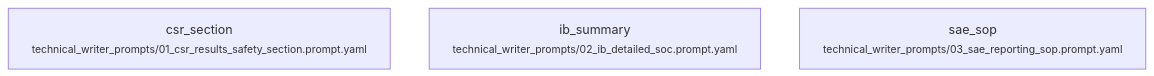
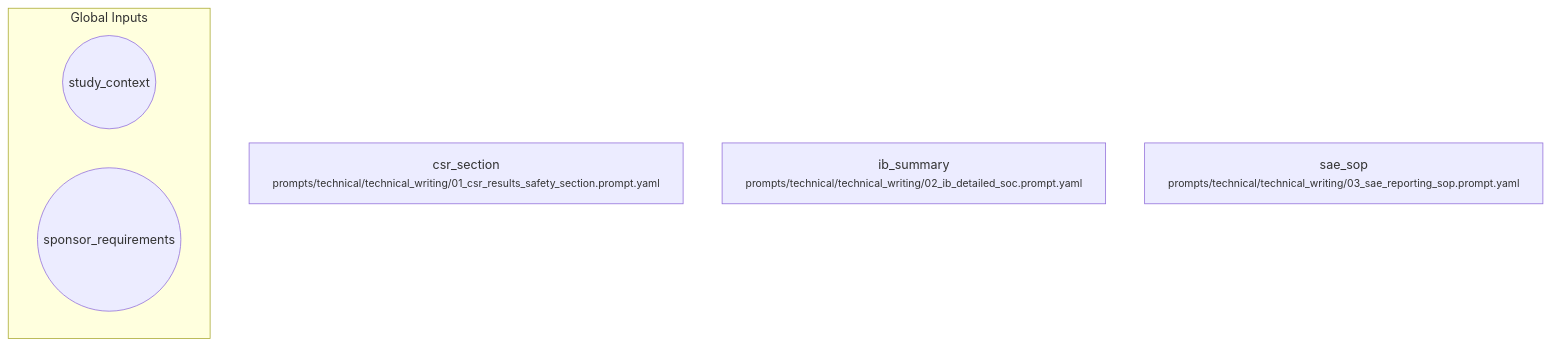
Before and after one commit to fderuiter/proompts: the diagram in workflows/technical_writer.workflow.md, drawn with Mermaid.

Commit message:
Run docs maintenance

````diff
--- a/workflows/technical_writer.workflow.md
+++ b/workflows/technical_writer.workflow.md
@@ -7,6 +7,10 @@
 ```mermaid
 flowchart TD
-    csr_section["csr_section<br/><small>technical_writer_prompts/01_csr_results_safety_section.prompt.yaml</small>"]
-    ib_summary["ib_summary<br/><small>technical_writer_prompts/02_ib_detailed_soc.prompt.yaml</small>"]
-    sae_sop["sae_sop<br/><small>technical_writer_prompts/03_sae_reporting_sop.prompt.yaml</small>"]
+    subgraph Inputs [Global Inputs]
+        inp_study_context((study_context))
+        inp_sponsor_requirements((sponsor_requirements))
+    end
+    csr_section["csr_section<br/><small>prompts/technical/technical_writing/01_csr_results_safety_section.prompt.yaml</small>"]
+    ib_summary["ib_summary<br/><small>prompts/technical/technical_writing/02_ib_detailed_soc.prompt.yaml</small>"]
+    sae_sop["sae_sop<br/><small>prompts/technical/technical_writing/03_sae_reporting_sop.prompt.yaml</small>"]
 ```
````
